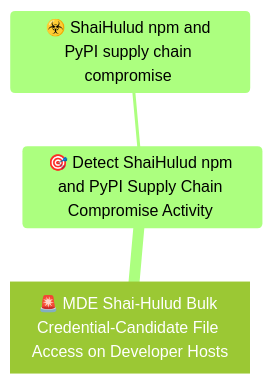
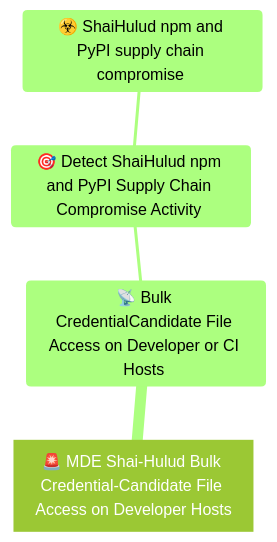
One commit to OpenTideHQ/WikiTide changed the diagram in Models/Detection Rules/🚨 MDE Shai-Hulud Bulk Credential-Candidate File Access on Developer Hosts.md. Above: the diagram before and after it, drawn with Mermaid (forest theme). The commit also changed other lines of this file and 23 other files, not shown here.

````diff
--- a/Models/Detection Rules/🚨 MDE Shai-Hulud Bulk Credential-Candidate File Access on Developer Hosts.md
+++ b/Models/Detection Rules/🚨 MDE Shai-Hulud Bulk Credential-Candidate File Access on Developer Hosts.md
@@ -38,11 +38,13 @@
 ```mermaid
 
 mindmap
 Root[🚨 MDE Shai-Hulud Bulk Credential-Candidate File Access on Developer Hosts]
     
-      🎯 Detect ShaiHulud npm and PyPI Supply Chain Compromise Activity 
-          ☣️ ShaiHulud npm and PyPI supply chain compromise 
+      📡 Bulk CredentialCandidate File Access on Developer or CI Hosts 
+          🎯 Detect ShaiHulud npm and PyPI Supply Chain Compromise Activity 
+              ☣️ ShaiHulud npm and PyPI supply chain compromise 
+        
     
 
 
 ```
````
